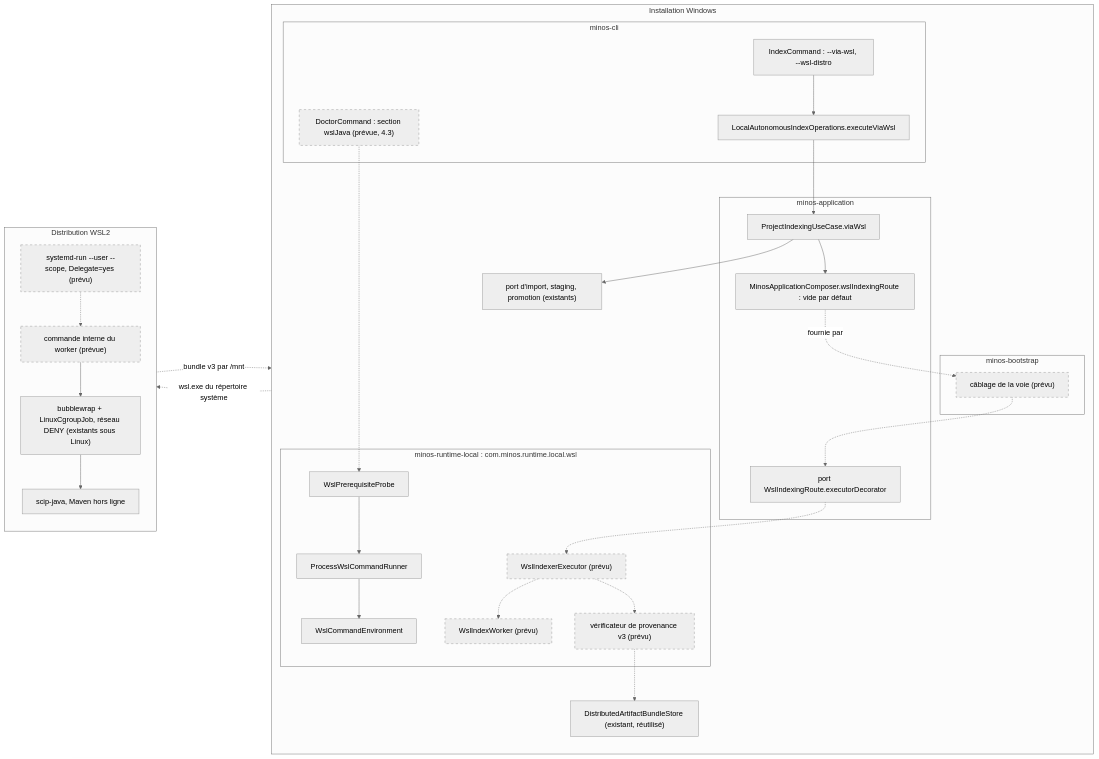
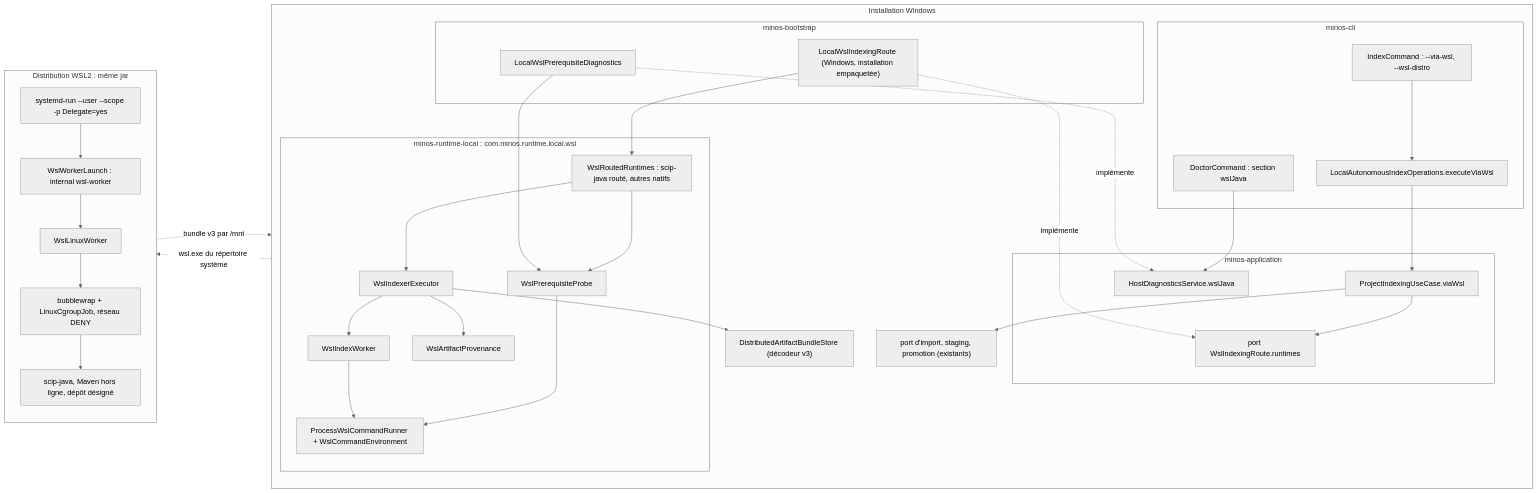
One commit to FTurleque/minos-code-intelligence changed the first of 3 diagrams in openspec/changes/indexer-java-depuis-windows-par-wsl2/dossier-indexation-java-via-wsl.md. Above: the diagram before and after it, drawn with Mermaid (neutral theme). The commit also changed other lines of this file and 3 other files, not shown here.

First line of the commit message:
docs(wsl): vue d'états, traçabilité et fonctionnement de la voie WSL2

````diff
--- a/openspec/changes/indexer-java-depuis-windows-par-wsl2/dossier-indexation-java-via-wsl.md
+++ b/openspec/changes/indexer-java-depuis-windows-par-wsl2/dossier-indexation-java-via-wsl.md
@@ -36,53 +40,54 @@
 ```mermaid
 flowchart LR
   subgraph WIN["Installation Windows"]
     direction TB
     subgraph CLI["minos-cli"]
       IDX["IndexCommand : --via-wsl, --wsl-distro"]
       OPS["LocalAutonomousIndexOperations.executeViaWsl"]
-      DOC["DoctorCommand : section wslJava (prévue, 4.3)"]
+      DOC["DoctorCommand : section wslJava"]
     end
     subgraph APP["minos-application"]
       UC["ProjectIndexingUseCase.viaWsl"]
-      PORT["port WslIndexingRoute.executorDecorator"]
-      ROOT["MinosApplicationComposer.wslIndexingRoute : vide par défaut"]
+      PORT["port WslIndexingRoute.runtimes"]
+      DIAG["HostDiagnosticsService.wslJava"]
     end
     subgraph BOOT["minos-bootstrap"]
-      WIRE["câblage de la voie (prévu)"]
+      ROUTE["LocalWslIndexingRoute (Windows, installation empaquetée)"]
+      LDIAG["LocalWslPrerequisiteDiagnostics"]
     end
     subgraph RTL["minos-runtime-local : com.minos.runtime.local.wsl"]
+      RR["WslRoutedRuntimes : scip-java routé, autres natifs"]
       PROBE["WslPrerequisiteProbe"]
-      RUN["ProcessWslCommandRunner"]
-      ENV["WslCommandEnvironment"]
-      EXEC["WslIndexerExecutor (prévu)"]
-      WORKER["WslIndexWorker (prévu)"]
-      VERIF["vérificateur de provenance v3 (prévu)"]
+      RUN["ProcessWslCommandRunner + WslCommandEnvironment"]
+      EXEC["WslIndexerExecutor"]
+      PROV["WslArtifactProvenance"]
+      WORKER["WslIndexWorker"]
     end
-    STORE["DistributedArtifactBundleStore (existant, réutilisé)"]
+    STORE["DistributedArtifactBundleStore (décodeur v3)"]
     IMPORT["port d'import, staging, promotion (existants)"]
   end
-  subgraph WSL["Distribution WSL2"]
+  subgraph WSL["Distribution WSL2 : même jar"]
     direction TB
-    SCOPE["systemd-run --user --scope, Delegate=yes (prévu)"]
-    INNER["commande interne du worker (prévue)"]
-    SANDBOX["bubblewrap + LinuxCgroupJob, réseau DENY (existants sous Linux)"]
-    SCIP["scip-java, Maven hors ligne"]
+    SCOPE["systemd-run --user --scope -p Delegate=yes"]
+    LAUNCH["WslWorkerLaunch : internal wsl-worker"]
+    LW["WslLinuxWorker"]
+    SANDBOX["bubblewrap + LinuxCgroupJob, réseau DENY"]
+    SCIP["scip-java, Maven hors ligne, dépôt désigné"]
   end
   IDX --> OPS --> UC
-  UC --> ROOT
-  ROOT -. "fournie par" .-> WIRE
-  WIRE -.-> PORT
-  PORT -.-> EXEC
-  DOC -.-> PROBE
-  PROBE --> RUN
-  RUN --> ENV
-  EXEC -.-> WORKER
-  EXEC -.-> VERIF
-  VERIF -.-> STORE
+  UC --> PORT
+  ROUTE -. "implémente" .-> PORT
+  ROUTE --> RR
+  RR --> PROBE --> RUN
+  RR --> EXEC
+  EXEC --> WORKER --> RUN
+  EXEC --> STORE
+  EXEC --> PROV
   UC --> IMPORT
-  WORKER -. "wsl.exe du répertoire système" .-> SCOPE
-  SCOPE -.-> INNER --> SANDBOX --> SCIP
-  INNER -. "bundle v3 par /mnt" .-> STORE
-  classDef planned stroke-dasharray: 5 5
-  class DOC,WIRE,EXEC,WORKER,VERIF,SCOPE,INNER planned
+  DOC --> DIAG
+  LDIAG -. "implémente" .-> DIAG
+  LDIAG --> PROBE
+  RUN -. "wsl.exe du répertoire système" .-> SCOPE
+  SCOPE --> LAUNCH --> LW --> SANDBOX --> SCIP
+  LW -. "bundle v3 par /mnt" .-> STORE
 ```
````
